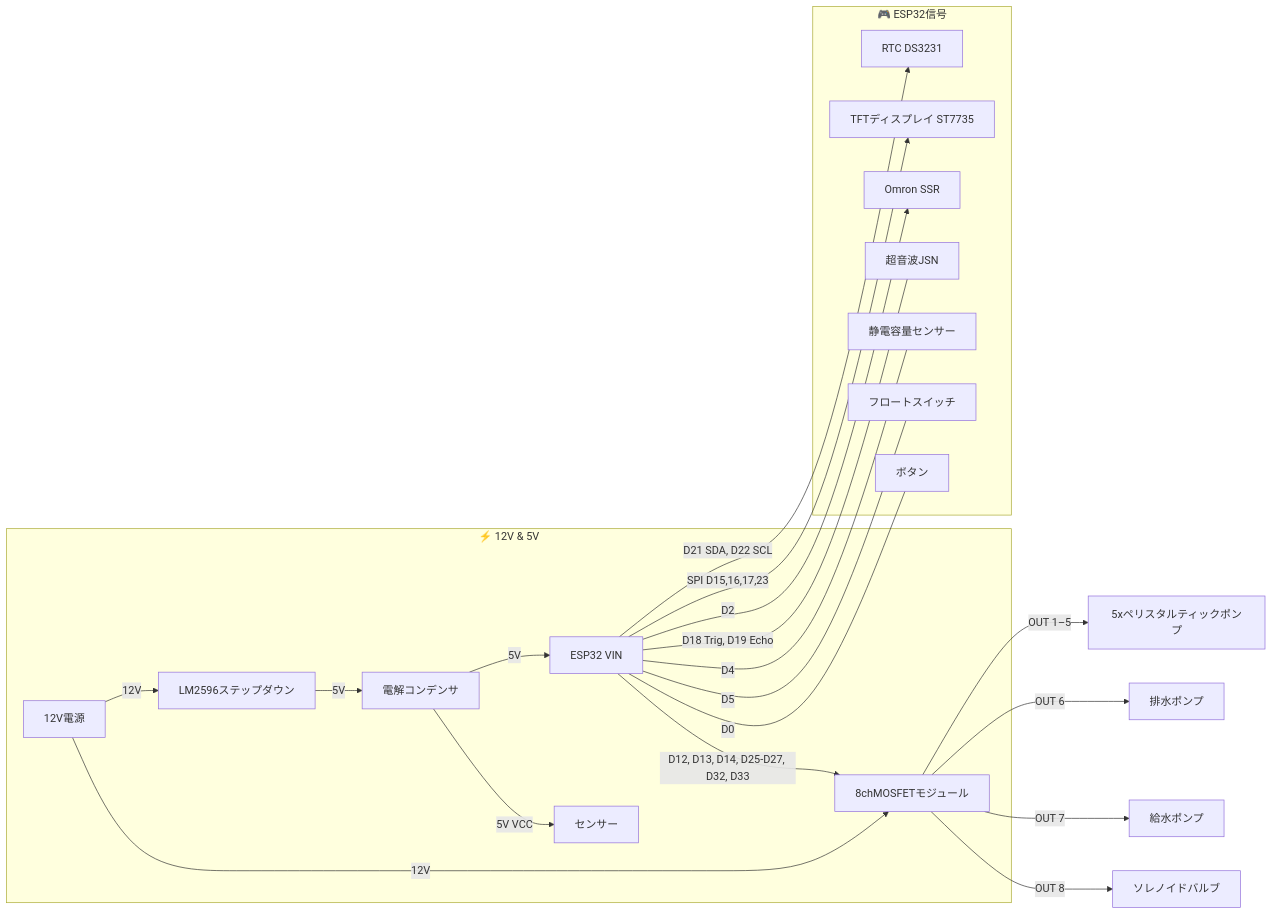
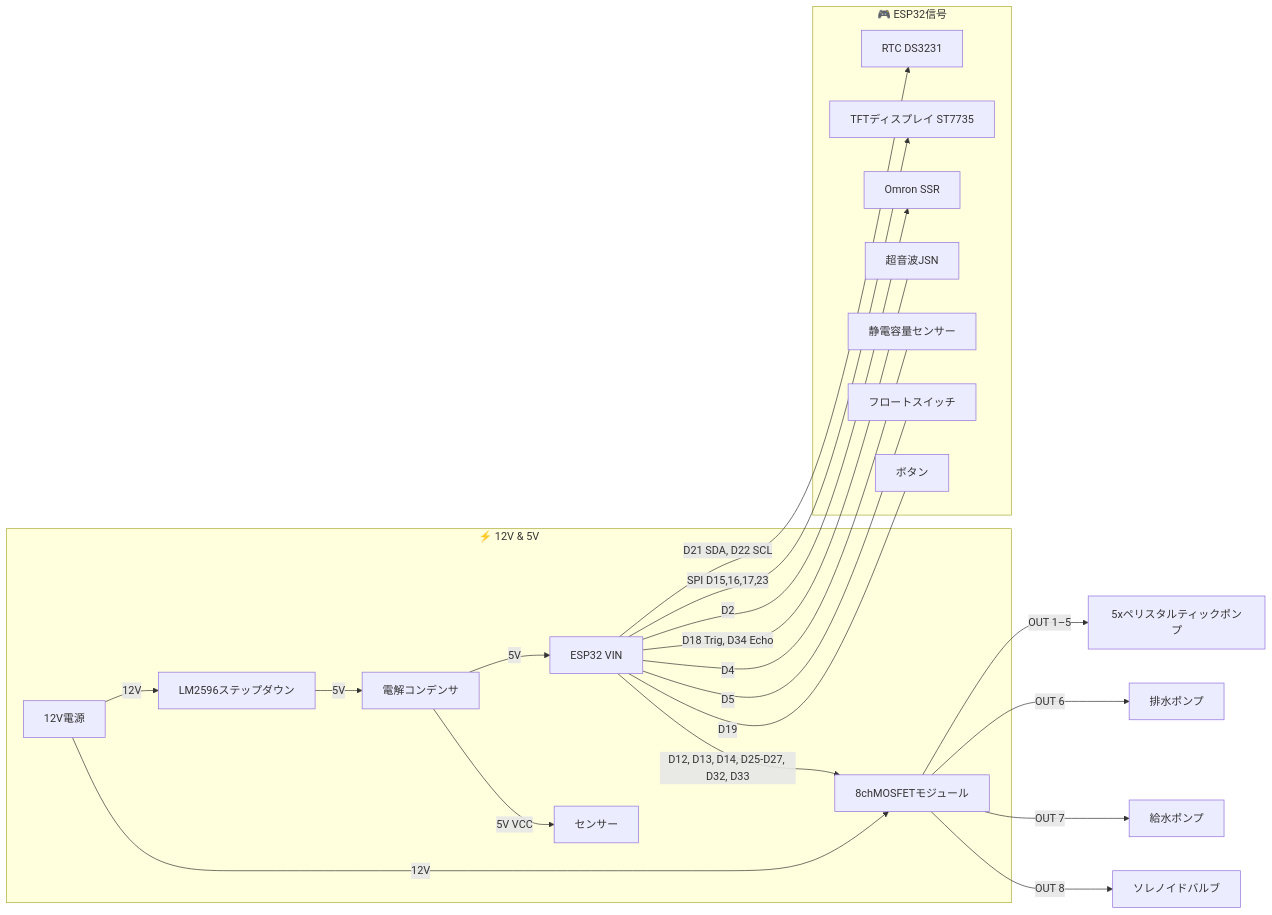
One commit to PhilipeGatis/SATPAFERT changed the second of 2 diagrams in README.ja.md. Above: the diagram before and after it, drawn with Mermaid. The commit also changed other lines of this file and 6 other files, not shown here.

Commit message:
feat(hardware): swap ultrasonic ECHO to GPIO34 and button to GPIO19

````diff
--- a/README.ja.md
+++ b/README.ja.md
@@ -111,26 +111,26 @@
 ```mermaid
 graph LR
   subgraph Power [⚡ 12V & 5V]
     PSU[12V電源] -->|12V| MOSFET[8chMOSFETモジュール]
     PSU -->|12V| LM2596[LM2596ステップダウン]
     LM2596 -->|5V| Cap[電解コンデンサ]
     Cap -->|5V| ESP32[ESP32 VIN]
     Cap -->|5V VCC| SENS[センサー]
   end
 
   subgraph Signals [🎮 ESP32信号]
     ESP32 -->|D21 SDA, D22 SCL| I2C[RTC DS3231]
     ESP32 -->|SPI D15,16,17,23| TFT[TFTディスプレイ ST7735]
     ESP32 -->|D12, D13, D14, D25-D27, D32, D33| MOSFET
     ESP32 -->|D2| SSR[Omron SSR]
-    ESP32 ---|D18 Trig, D19 Echo| Ultra[超音波JSN]
+    ESP32 ---|D18 Trig, D34 Echo| Ultra[超音波JSN]
     ESP32 ---|D4| Water[静電容量センサー]
     ESP32 ---|D5| Float[フロートスイッチ]
-    ESP32 ---|D0| Button[ボタン]
+    ESP32 ---|D19| Button[ボタン]
   end
 
   MOSFET -->|OUT 1–5| Peristaltic[5xペリスタルティックポンプ]
   MOSFET -->|OUT 6| Drain[排水ポンプ]
   MOSFET -->|OUT 7| Refill[給水ポンプ]
   MOSFET -->|OUT 8| Solenoid[ソレノイドバルブ]
 ```
````
